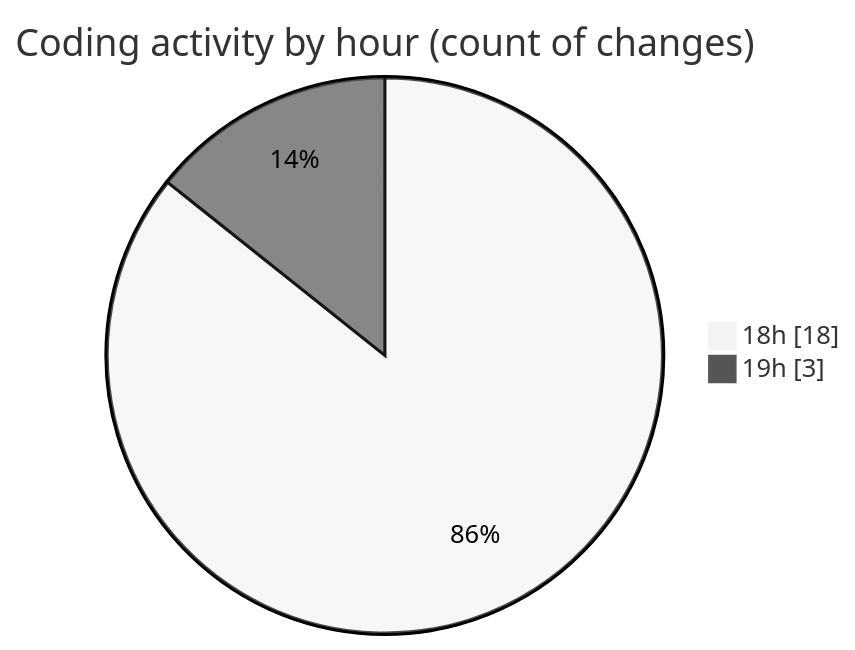
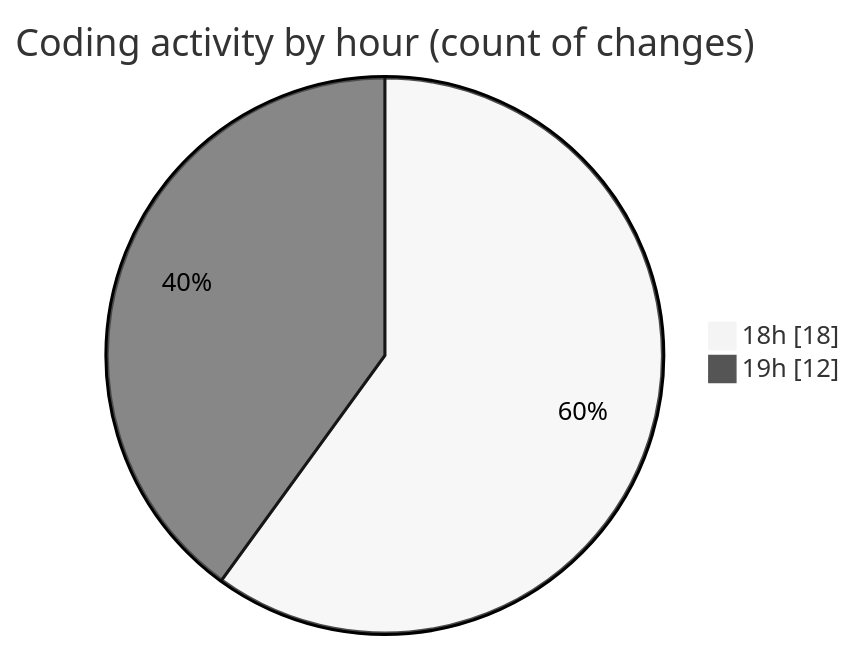
One commit to ernivani/code-tracking changed the second of 2 diagrams in 2025-01-03/my-code-activity-ext/README.md. Above: the diagram before and after it, drawn with Mermaid (neutral theme). The commit also changed other lines of this file and 6 other files, not shown here.

````diff
--- a/2025-01-03/my-code-activity-ext/README.md
+++ b/2025-01-03/my-code-activity-ext/README.md
@@ -34,6 +36,6 @@
 ```mermaid
 pie showData
 title Coding activity by hour (count of changes)
 "18h" : 18
-"19h" : 3
+"19h" : 12
 ```
````
